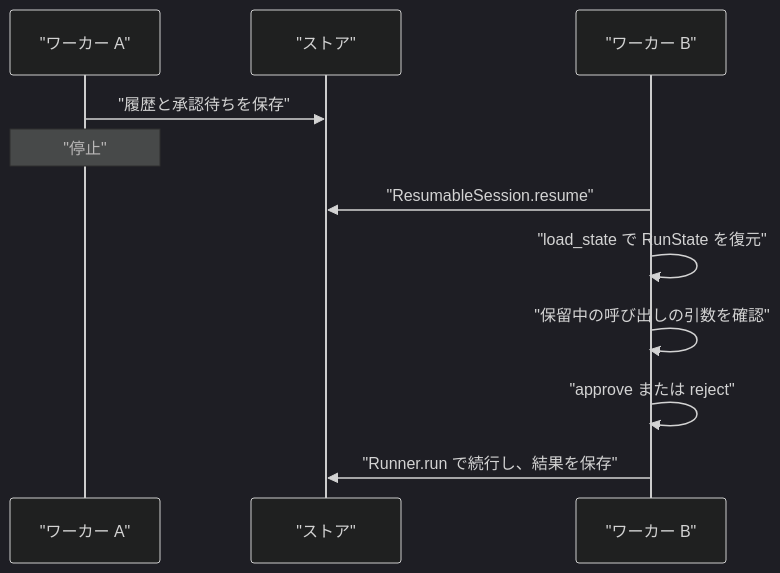
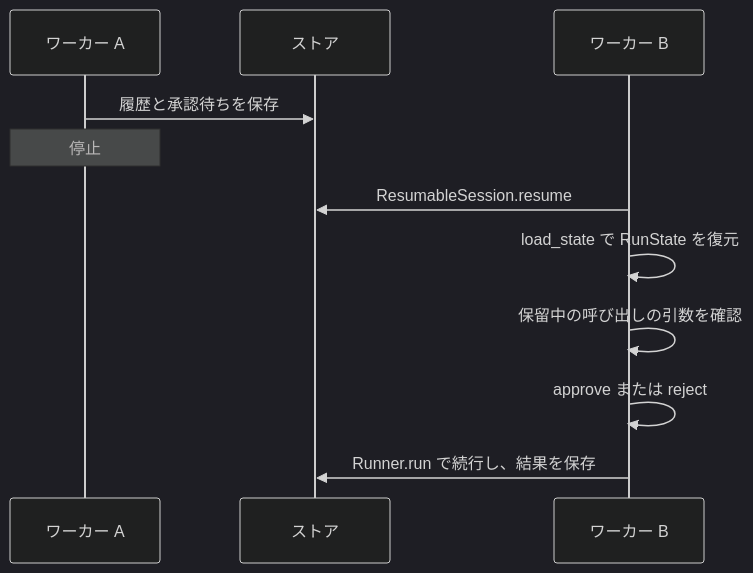
Before and after one commit to swallowarc/blog: the diagram in content/posts/2026-11-25-openai-agents-sdk-resumable-approvals.md, drawn with Mermaid (dark theme). The commit also changed 3 other files, not shown here.

First line of the commit message:
シーケンス図のラベルから引用符を外す

````diff
--- a/content/posts/2026-11-25-openai-agents-sdk-resumable-approvals.md
+++ b/content/posts/2026-11-25-openai-agents-sdk-resumable-approvals.md
@@ -25,13 +25,13 @@
 ```mermaid
 sequenceDiagram
-    participant A as "ワーカー A"
-    participant S as "ストア"
-    participant B as "ワーカー B"
-    A->>S: "履歴と承認待ちを保存"
-    Note over A: "停止"
-    B->>S: "ResumableSession.resume"
-    B->>B: "load_state で RunState を復元"
-    B->>B: "保留中の呼び出しの引数を確認"
-    B->>B: "approve または reject"
-    B->>S: "Runner.run で続行し、結果を保存"
+    participant A as ワーカー A
+    participant S as ストア
+    participant B as ワーカー B
+    A->>S: 履歴と承認待ちを保存
+    Note over A: 停止
+    B->>S: ResumableSession.resume
+    B->>B: load_state で RunState を復元
+    B->>B: 保留中の呼び出しの引数を確認
+    B->>B: approve または reject
+    B->>S: Runner.run で続行し、結果を保存
 ```
````
